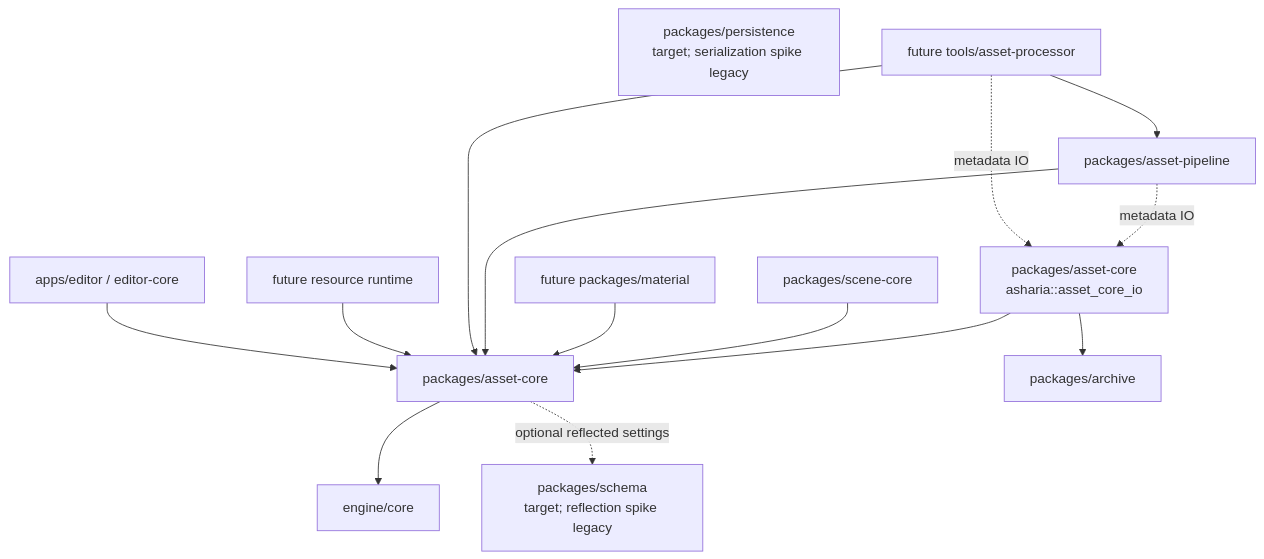
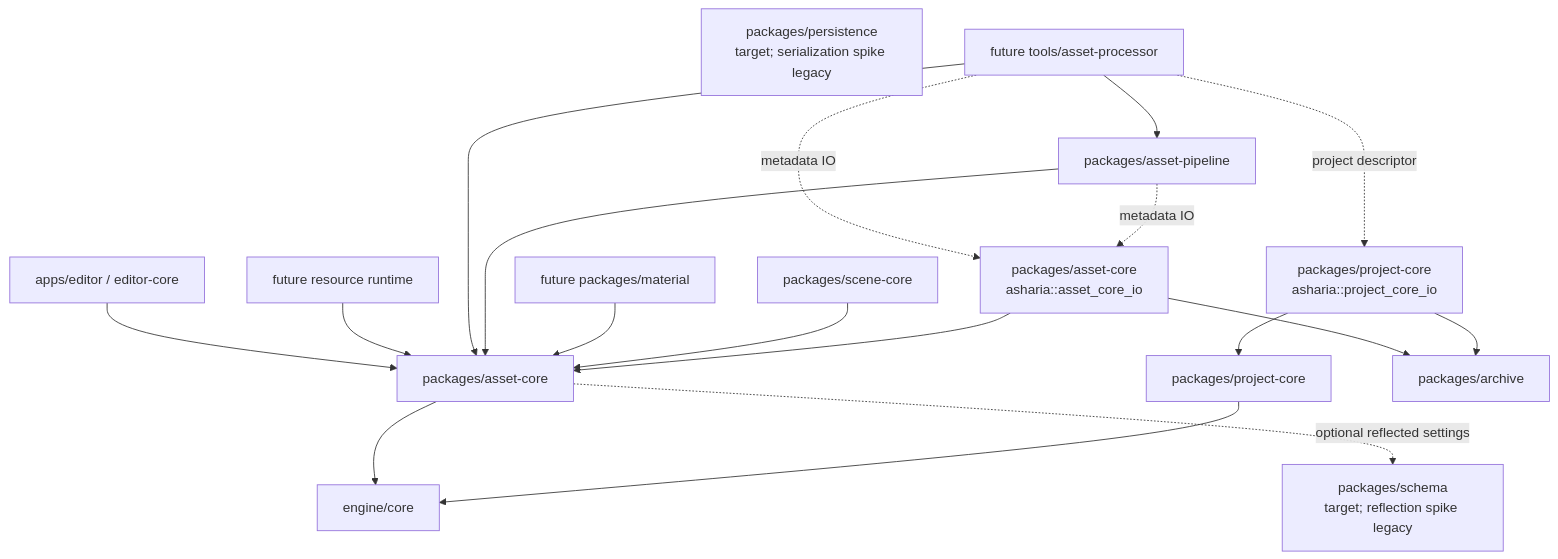
The first of 2 diagrams in docs/systems/asset-architecture.md (66six11/Engine), drawn with Mermaid before and after one commit. The commit also changed other lines of this file and 22 other files, not shown here.

Commit message:
feat: add asset source project descriptor

````diff
--- a/docs/systems/asset-architecture.md
+++ b/docs/systems/asset-architecture.md
@@ -90,29 +107,35 @@
 ```mermaid
 flowchart TD
     Core["engine/core"]
     Reflection["packages/schema<br/>target; reflection spike legacy"]
     Serialization["packages/persistence<br/>target; serialization spike legacy"]
+    ProjectCore["packages/project-core"]
+    ProjectCoreIo["packages/project-core<br/>asharia::project_core_io"]
     AssetCore["packages/asset-core"]
     AssetCoreIo["packages/asset-core<br/>asharia::asset_core_io"]
     Archive["packages/archive"]
     Scene["packages/scene-core"]
     Material["future packages/material"]
     AssetPipeline["packages/asset-pipeline"]
     ImportTool["future tools/asset-processor"]
     ResourceRuntime["future resource runtime"]
     Editor["apps/editor / editor-core"]
 
+    ProjectCore --> Core
+    ProjectCoreIo --> ProjectCore
+    ProjectCoreIo --> Archive
     AssetCore --> Core
     AssetCoreIo --> AssetCore
     AssetCoreIo --> Archive
     Scene --> AssetCore
     Material --> AssetCore
     AssetPipeline --> AssetCore
     ImportTool --> AssetPipeline
     ImportTool --> AssetCore
+    ImportTool -.project descriptor.-> ProjectCoreIo
     ResourceRuntime --> AssetCore
     Editor --> AssetCore
     AssetPipeline -.metadata IO.-> AssetCoreIo
     ImportTool -.metadata IO.-> AssetCoreIo
     AssetCore -.optional reflected settings.-> Reflection
 ```
````
